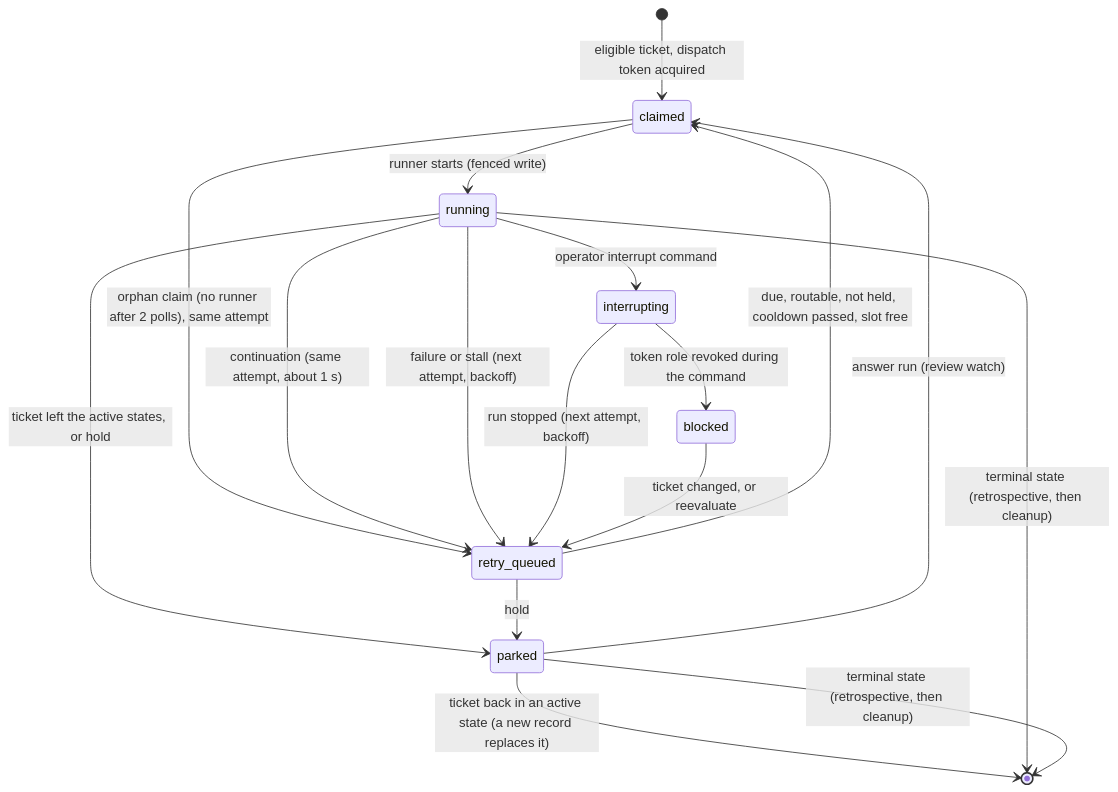
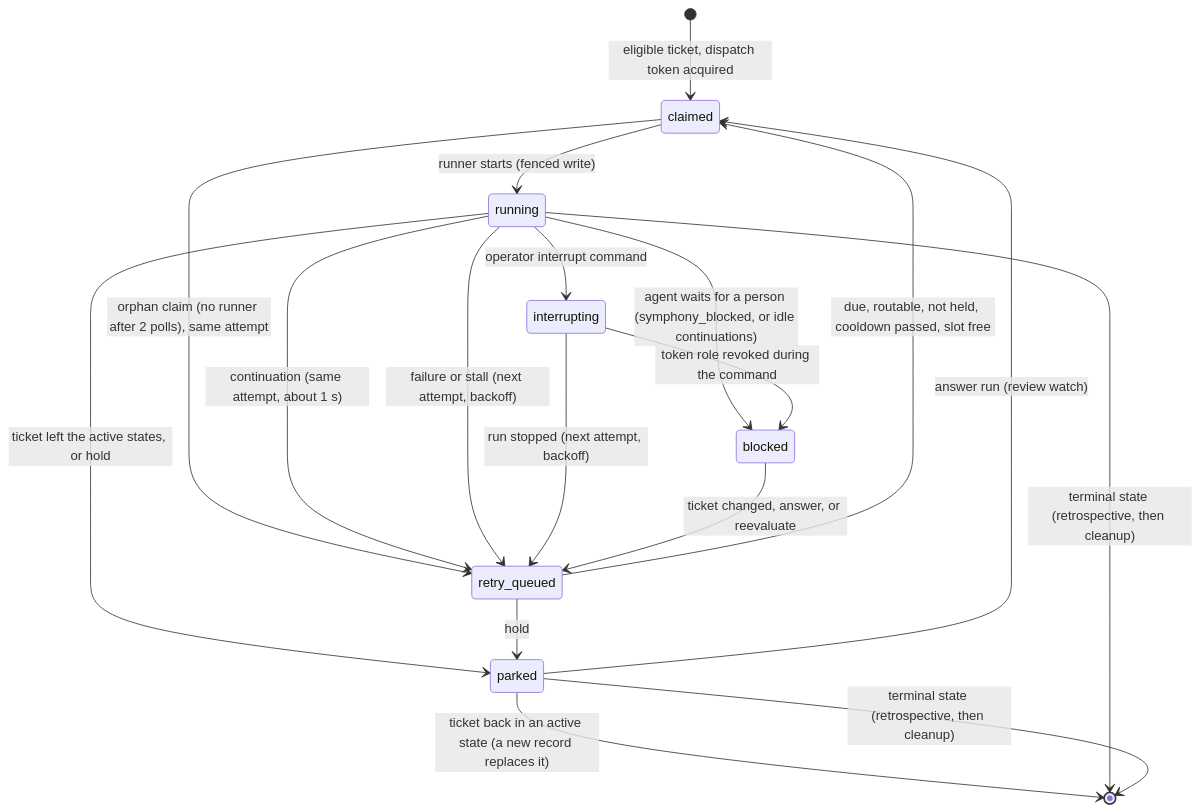
The second of 2 diagrams in docs/concepts.md (orbi-edu/symphony), drawn with Mermaid before and after one commit. The commit also changed other lines of this file and 46 other files, not shown here.

First line of the commit message:
fix: fresh workspace on repo change, no loop when blocked on a person; session trace and ticket attachments; release 0.2.21 (#62)

````diff
--- a/docs/concepts.md
+++ b/docs/concepts.md
@@ -108,19 +108,20 @@
 ```mermaid
 stateDiagram-v2
   [*] --> claimed: eligible ticket, dispatch token acquired
   claimed --> running: runner starts (fenced write)
   claimed --> retry_queued: orphan claim (no runner after 2 polls), same attempt
   running --> retry_queued: continuation (same attempt, about 1 s)
+  running --> blocked: agent waits for a person (symphony_blocked, or idle continuations)
   running --> retry_queued: failure or stall (next attempt, backoff)
   running --> interrupting: operator interrupt command
   interrupting --> retry_queued: run stopped (next attempt, backoff)
   interrupting --> blocked: token role revoked during the command
   retry_queued --> claimed: due, routable, not held, cooldown passed, slot free
-  blocked --> retry_queued: ticket changed, or reevaluate
+  blocked --> retry_queued: ticket changed, answer, or reevaluate
   running --> parked: ticket left the active states, or hold
   retry_queued --> parked: hold
   parked --> claimed: answer run (review watch)
   parked --> [*]: ticket back in an active state (a new record replaces it)
   running --> [*]: terminal state (retrospective, then cleanup)
   parked --> [*]: terminal state (retrospective, then cleanup)
 ```
````
